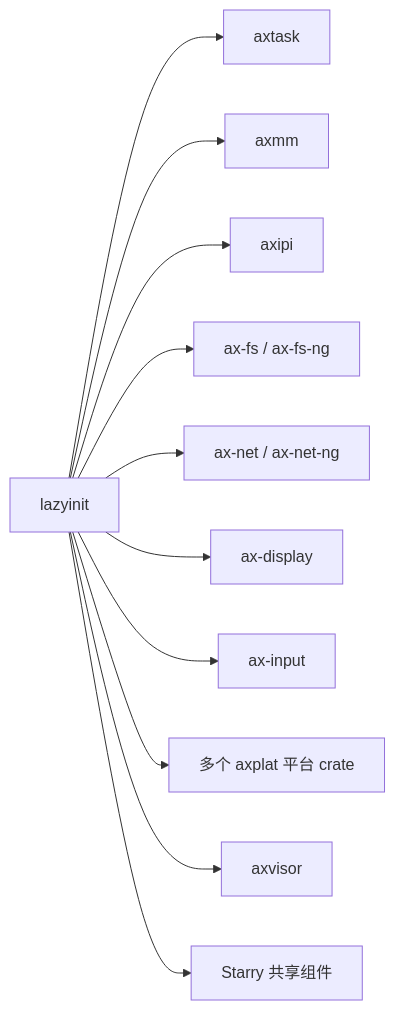
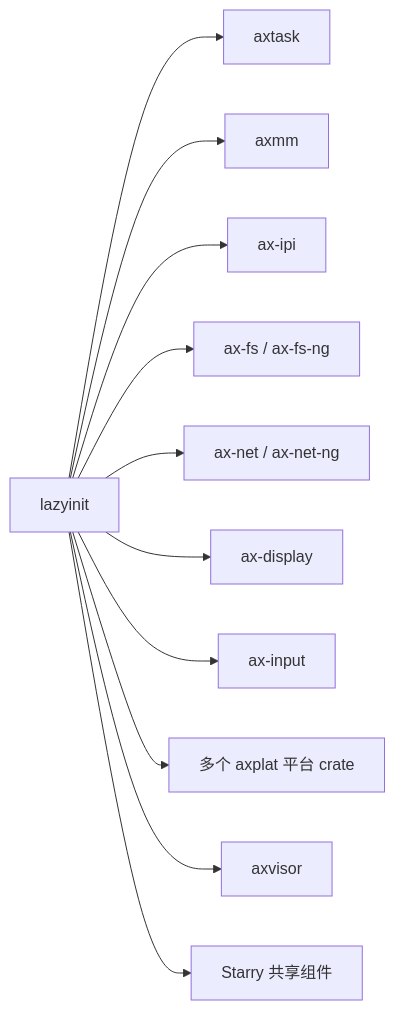
Before and after one commit to zKurisu/tgoskits: the second of 2 diagrams in docs/crates/lazyinit.md, drawn with Mermaid. The commit also changed other lines of this file and 23 other files, not shown here.

Commit message:
rename axipi to ax-ipi

````diff
--- a/docs/crates/lazyinit.md
+++ b/docs/crates/lazyinit.md
@@ -72,13 +72,13 @@
 ```mermaid
 graph LR
     lazyinit["lazyinit"] --> axtask["axtask"]
     lazyinit --> axmm["axmm"]
-    lazyinit --> axipi["axipi"]
+    lazyinit --> ax-ipi["ax-ipi"]
     lazyinit --> ax-fs["ax-fs / ax-fs-ng"]
     lazyinit --> ax-net["ax-net / ax-net-ng"]
     lazyinit --> ax-display["ax-display"]
     lazyinit --> ax-input["ax-input"]
     lazyinit --> axplat["多个 axplat 平台 crate"]
     lazyinit --> axvisor["axvisor"]
     lazyinit --> starry["Starry 共享组件"]
 ```
````
